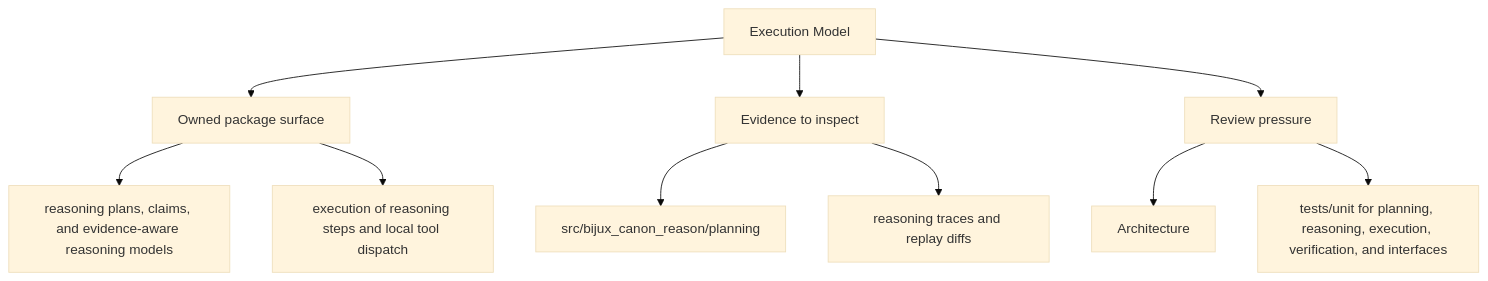
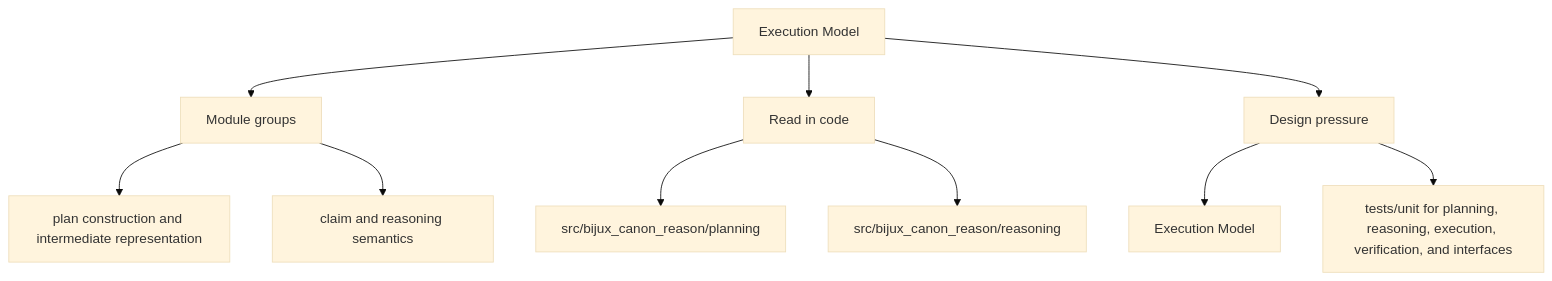
Before and after one commit to bijux/bijux-canon: the second of 2 diagrams in docs/bijux-canon-reason/architecture/execution-model.md, drawn with Mermaid (base theme). The commit also changed other lines of this file and 250 other files, not shown here.

Commit message:
docs(diagrams): make product page maps more readable

````diff
--- a/docs/bijux-canon-reason/architecture/execution-model.md
+++ b/docs/bijux-canon-reason/architecture/execution-model.md
@@ -36,22 +36,22 @@
 ```mermaid
 flowchart TD
     page["Execution Model"]
-    focus1["Owned package surface"]
+    focus1["Module groups"]
     page --> focus1
-    focus1_1["reasoning plans, claims, and evidence-aware reasoning models"]
+    focus1_1["plan construction and intermediate representation"]
     focus1 --> focus1_1
-    focus1_2["execution of reasoning steps and local tool dispatch"]
+    focus1_2["claim and reasoning semantics"]
     focus1 --> focus1_2
-    focus2["Evidence to inspect"]
+    focus2["Read in code"]
     page --> focus2
     focus2_1["src/bijux_canon_reason/planning"]
     focus2 --> focus2_1
-    focus2_2["reasoning traces and replay diffs"]
+    focus2_2["src/bijux_canon_reason/reasoning"]
     focus2 --> focus2_2
-    focus3["Review pressure"]
+    focus3["Design pressure"]
     page --> focus3
-    focus3_1["Architecture"]
+    focus3_1["Execution Model"]
     focus3 --> focus3_1
     focus3_2["tests/unit for planning, reasoning, execution, verification, and interfaces"]
     focus3 --> focus3_2
 ```
````
